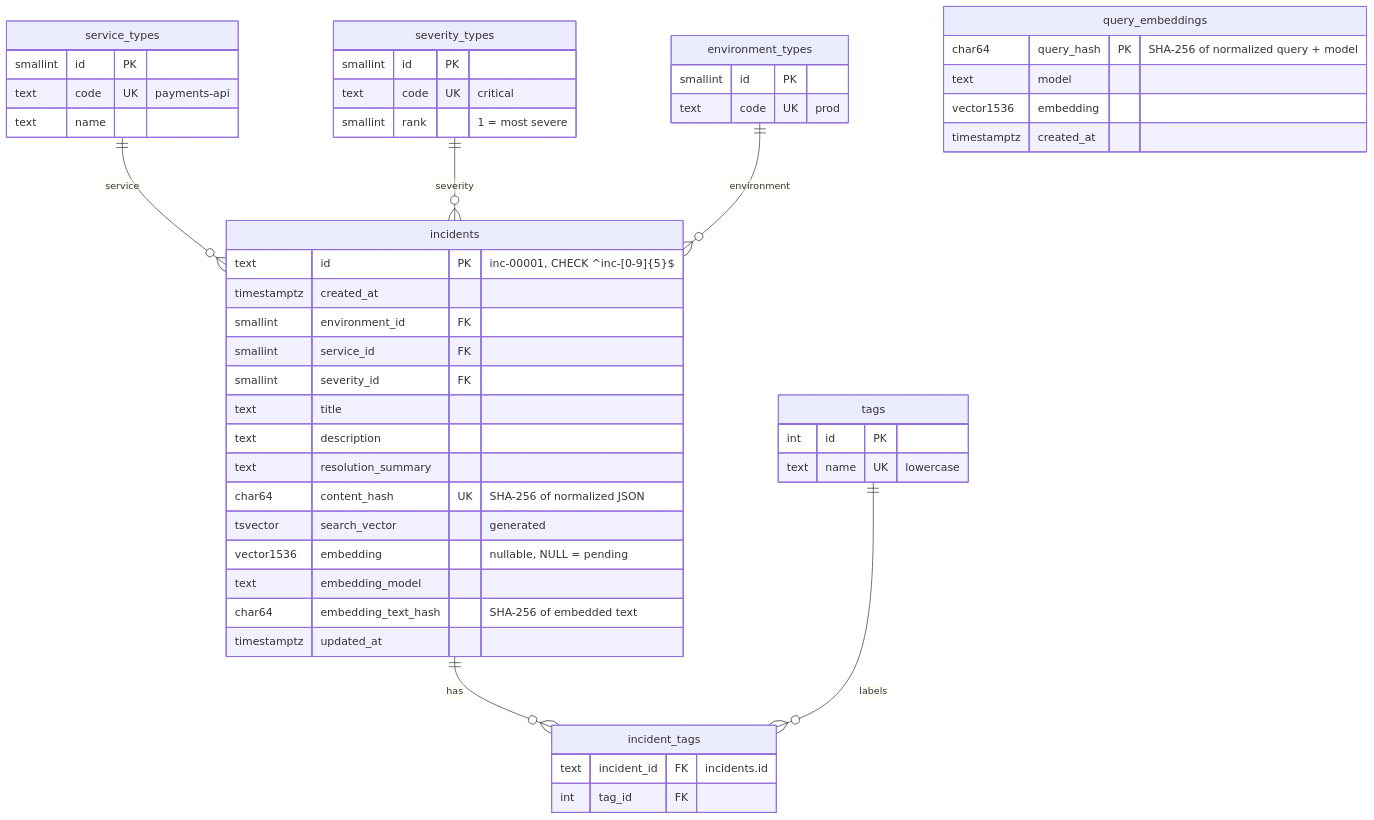
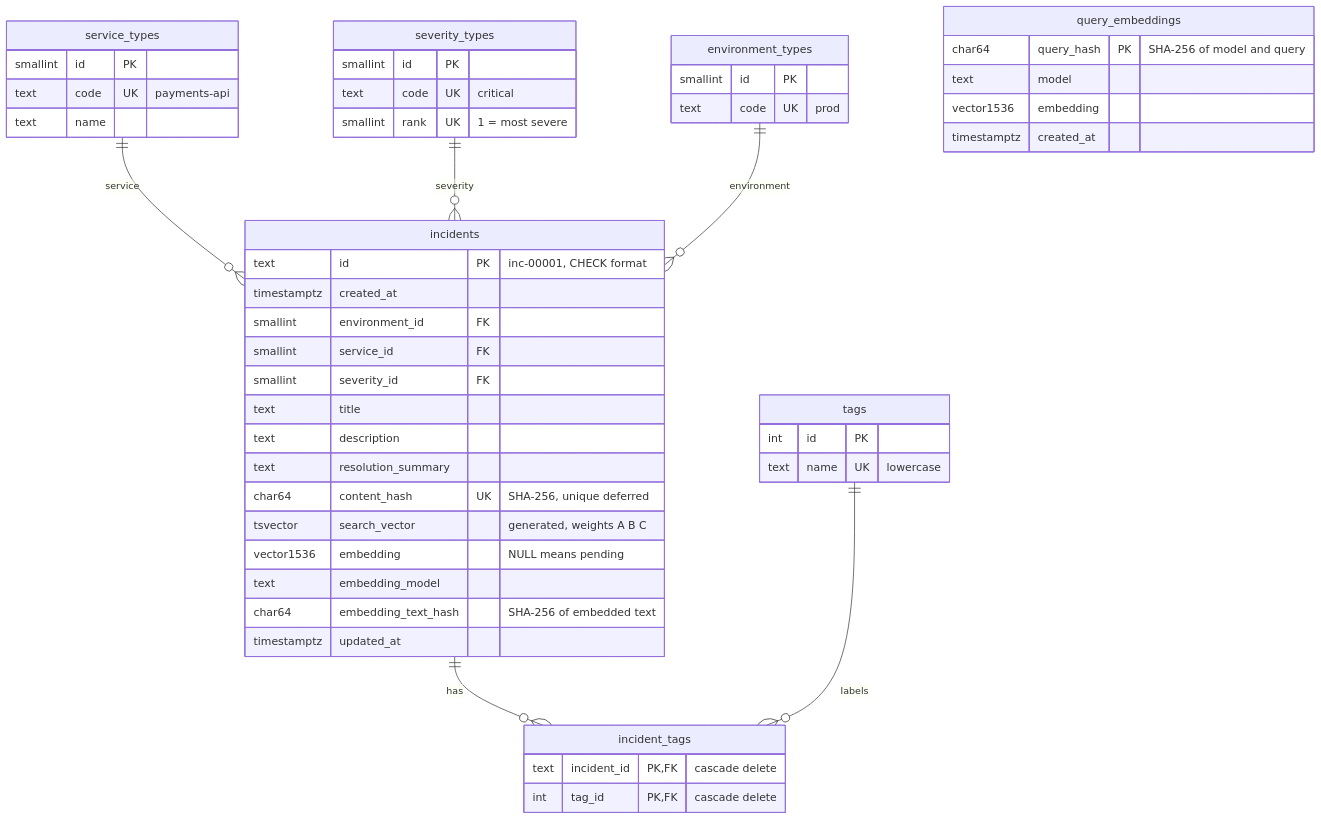
One commit to gustavomoises/dayforce changed the first of 5 diagrams in database-architecture.md. Above: the diagram before and after it, drawn with Mermaid. The commit also changed other lines of this file and 25 other files, not shown here.

Commit message:
task 8: README, PROMPTS, AI-NOTES, TRADEOFFS, live tests, Postman, synced architecture docs; remove pre-task leftovers

````diff
--- a/database-architecture.md
+++ b/database-architecture.md
@@ -14,53 +13,53 @@
 ```mermaid
 erDiagram
     service_types     ||--o{ incidents     : "service"
     severity_types    ||--o{ incidents     : "severity"
     environment_types ||--o{ incidents     : "environment"
-    incidents         ||--o{ incident_tags : has
-    tags              ||--o{ incident_tags : labels
+    incidents         ||--o{ incident_tags : "has"
+    tags              ||--o{ incident_tags : "labels"
 
     incidents {
-        text        id PK "inc-00001, CHECK ^inc-[0-9]{5}$"
+        text        id PK "inc-00001, CHECK format"
         timestamptz created_at
         smallint    environment_id FK
         smallint    service_id FK
         smallint    severity_id FK
         text        title
         text        description
         text        resolution_summary
-        char64      content_hash UK "SHA-256 of normalized JSON"
-        tsvector    search_vector "generated"
-        vector1536  embedding "nullable, NULL = pending"
+        char64      content_hash UK "SHA-256, unique deferred"
+        tsvector    search_vector "generated, weights A B C"
+        vector1536  embedding "NULL means pending"
         text        embedding_model
         char64      embedding_text_hash "SHA-256 of embedded text"
         timestamptz updated_at
     }
     tags {
         int  id PK
         text name UK "lowercase"
     }
     incident_tags {
-        text incident_id FK "incidents.id"
-        int  tag_id FK
+        text incident_id PK, FK "cascade delete"
+        int  tag_id PK, FK "cascade delete"
     }
     service_types {
         smallint id PK
         text     code UK "payments-api"
         text     name
     }
     severity_types {
         smallint id PK
         text     code UK "critical"
-        smallint rank "1 = most severe"
+        smallint rank UK "1 = most severe"
     }
     environment_types {
         smallint id PK
         text     code UK "prod"
     }
     query_embeddings {
-        char64      query_hash PK "SHA-256 of normalized query + model"
+        char64      query_hash PK "SHA-256 of model and query"
         text        model
         vector1536  embedding
         timestamptz created_at
     }
 ```
````
